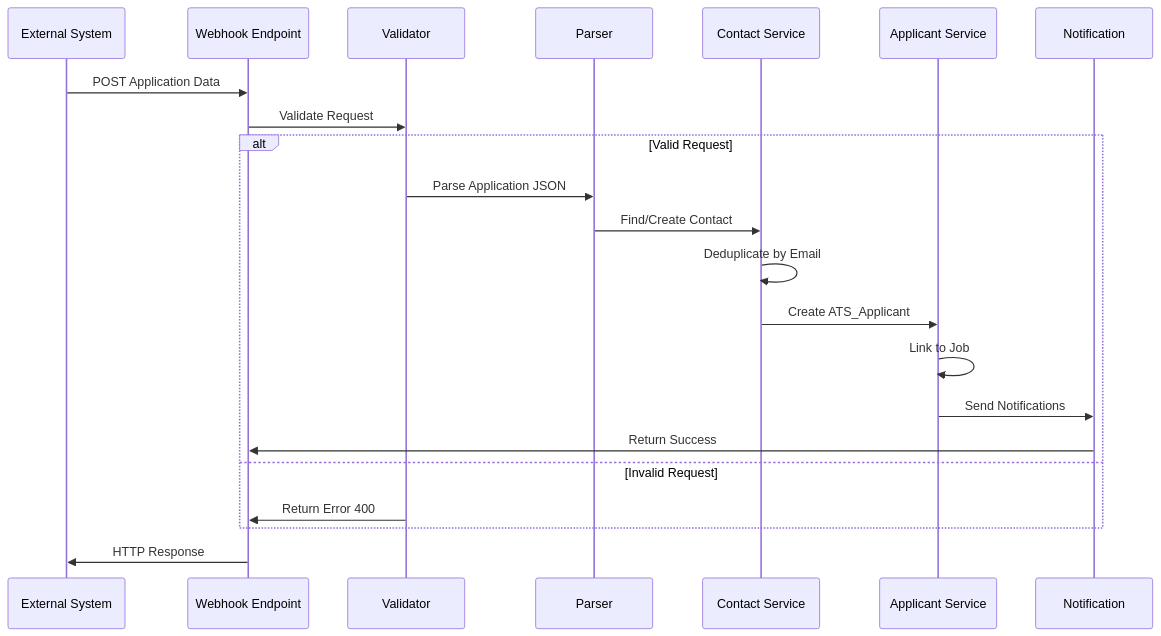
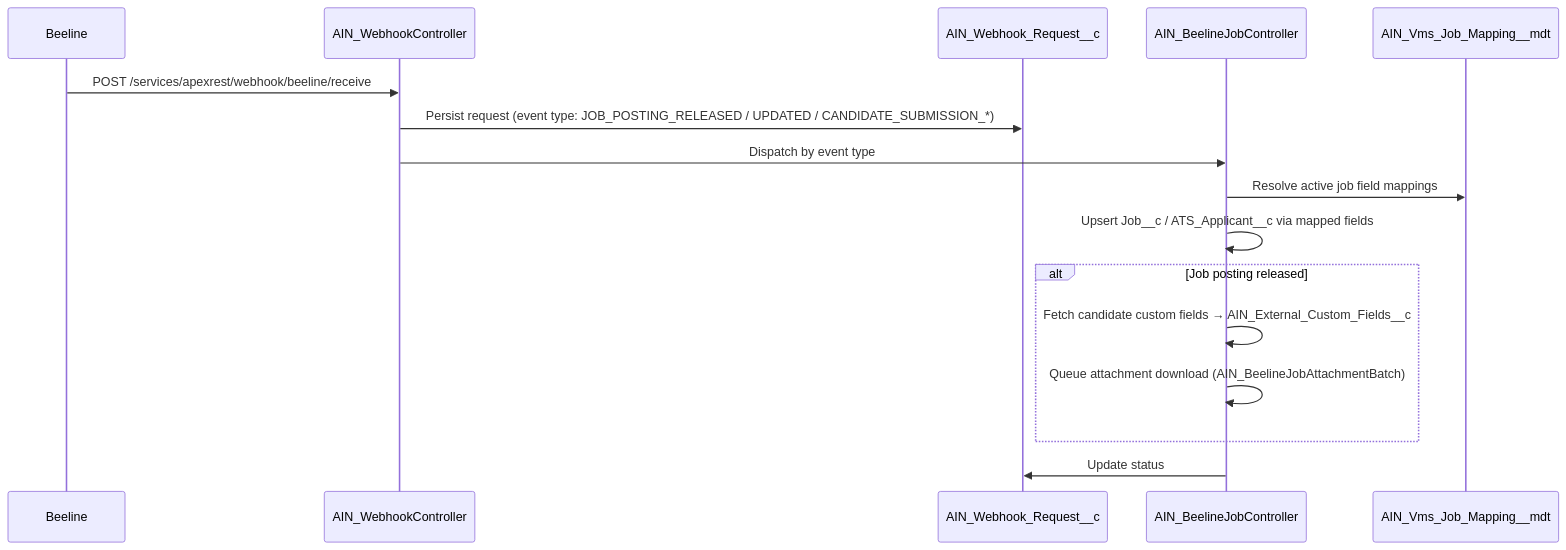
One commit to asymblinc/ProductDocumentations changed the third of 7 diagrams in AIN/AIN_Integration_Workflows_Documentation.md. Above: the diagram before and after it, drawn with Mermaid. The commit also changed other lines of this file and 11 other files, not shown here.

````diff
--- a/AIN/AIN_Integration_Workflows_Documentation.md
+++ b/AIN/AIN_Integration_Workflows_Documentation.md
@@ -102,27 +68,19 @@
 ```mermaid
 sequenceDiagram
-    participant E as External System
-    participant W as Webhook Endpoint
-    participant V as Validator
-    participant P as Parser
-    participant C as Contact Service
-    participant A as Applicant Service
-    participant N as Notification
-    
-    E->>W: POST Application Data
-    W->>V: Validate Request
-    
-    alt Valid Request
-        V->>P: Parse Application JSON
-        P->>C: Find/Create Contact
-        C->>C: Deduplicate by Email
-        C->>A: Create ATS_Applicant
-        A->>A: Link to Job
-        A->>N: Send Notifications
-        N->>W: Return Success
-    else Invalid Request
-        V->>W: Return Error 400
+    participant B as Beeline
+    participant W as AIN_WebhookController
+    participant WR as AIN_Webhook_Request__c
+    participant J as AIN_BeelineJobController
+    participant CMDT as AIN_Vms_Job_Mapping__mdt
+
+    B->>W: POST /services/apexrest/webhook/beeline/receive
+    W->>WR: Persist request (event type: JOB_POSTING_RELEASED / UPDATED / CANDIDATE_SUBMISSION_*)
+    W->>J: Dispatch by event type
+    J->>CMDT: Resolve active job field mappings
+    J->>J: Upsert Job__c / ATS_Applicant__c via mapped fields
+    alt Job posting released
+        J->>J: Fetch candidate custom fields → AIN_External_Custom_Fields__c
+        J->>J: Queue attachment download (AIN_BeelineJobAttachmentBatch)
     end
-    
-    W->>E: HTTP Response
+    J->>WR: Update status
 ```
````
